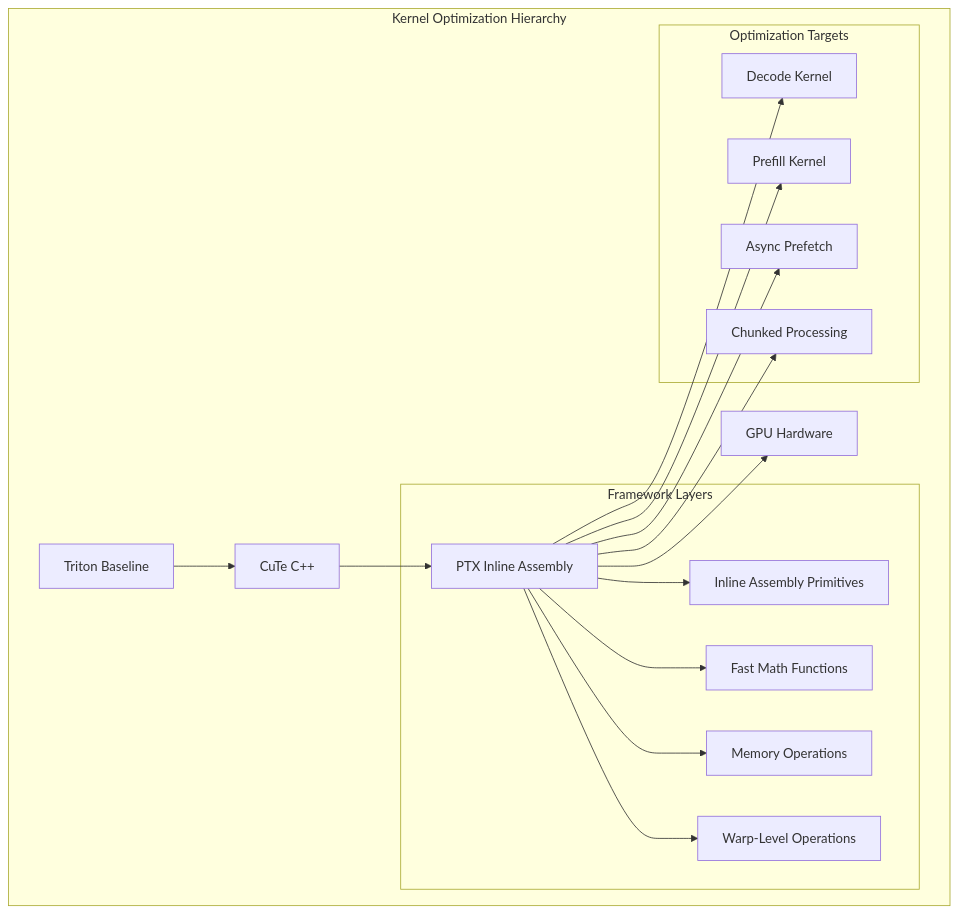
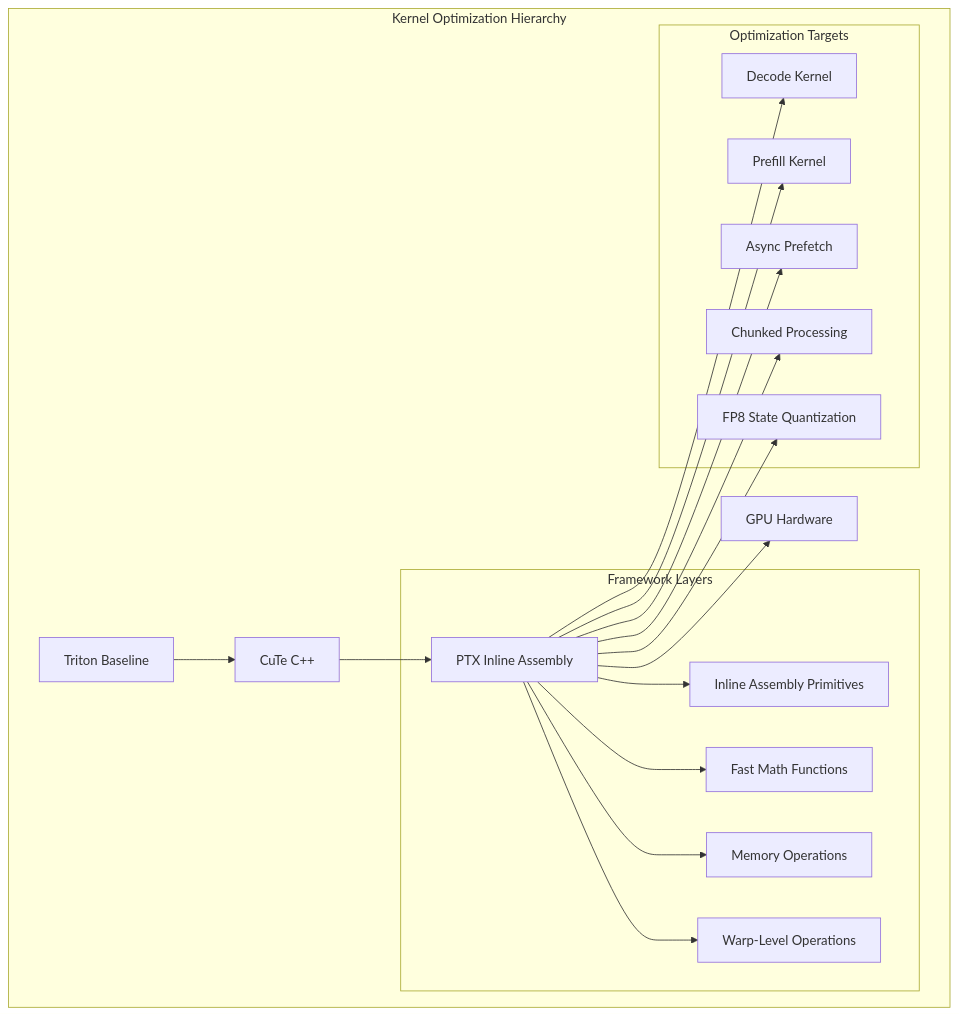
One commit to gugudeshubao/flashinfer-bench-tma-thrust changed the first of 12 diagrams in .qoder/repowiki/en/content/Core Kernels/PTX Inline Assembly Kernel Framework.md. Above: the diagram before and after it, drawn with Mermaid. The commit also changed other lines of this file and 7 other files, not shown here.

````diff
--- a/.qoder/repowiki/en/content/Core Kernels/PTX Inline Assembly Kernel Framework.md
+++ b/.qoder/repowiki/en/content/Core Kernels/PTX Inline Assembly Kernel Framework.md
@@ -41,24 +55,26 @@
 ```mermaid
 graph TB
 subgraph "Kernel Optimization Hierarchy"
 Triton[Triton Baseline] --> CuTe[CuTe C++]
 CuTe --> PTX[PTX Inline Assembly]
 PTX --> Hardware[GPU Hardware]
 subgraph "Framework Layers"
 PTX --> Primitives[Inline Assembly Primitives]
 PTX --> Math[Fast Math Functions]
 PTX --> Memory[Memory Operations]
 PTX --> Warp[Warp-Level Operations]
 end
 subgraph "Optimization Targets"
 Decode[Decode Kernel]
 Prefill[Prefill Kernel]
 Async[Async Prefetch]
 Chunking[Chunked Processing]
+Quantization[FP8 State Quantization]
 end
 PTX --> Decode
 PTX --> Prefill
 PTX --> Async
 PTX --> Chunking
+PTX --> Quantization
 end
 ```
````
